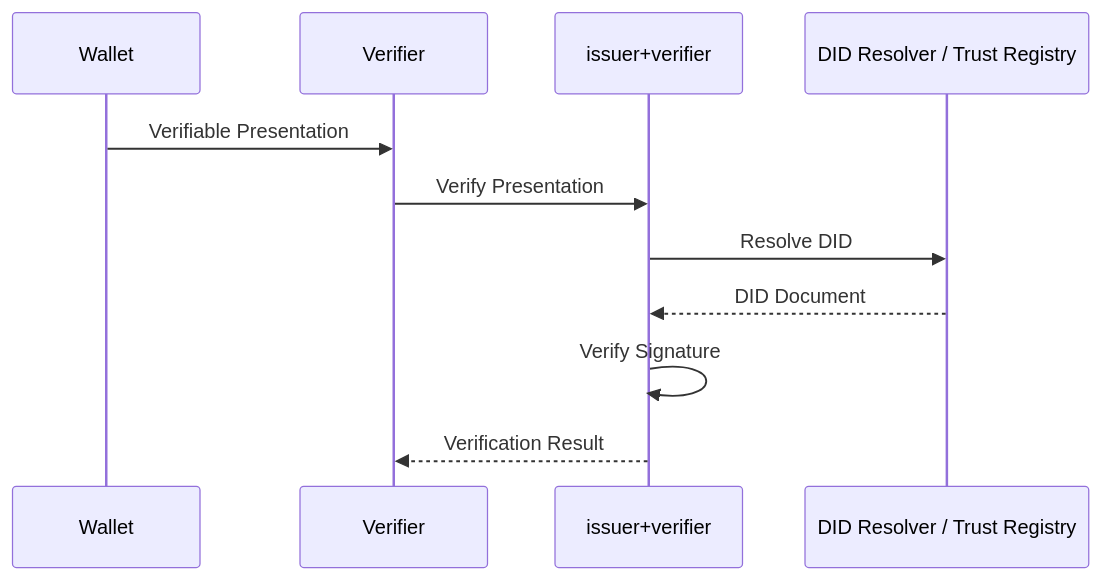
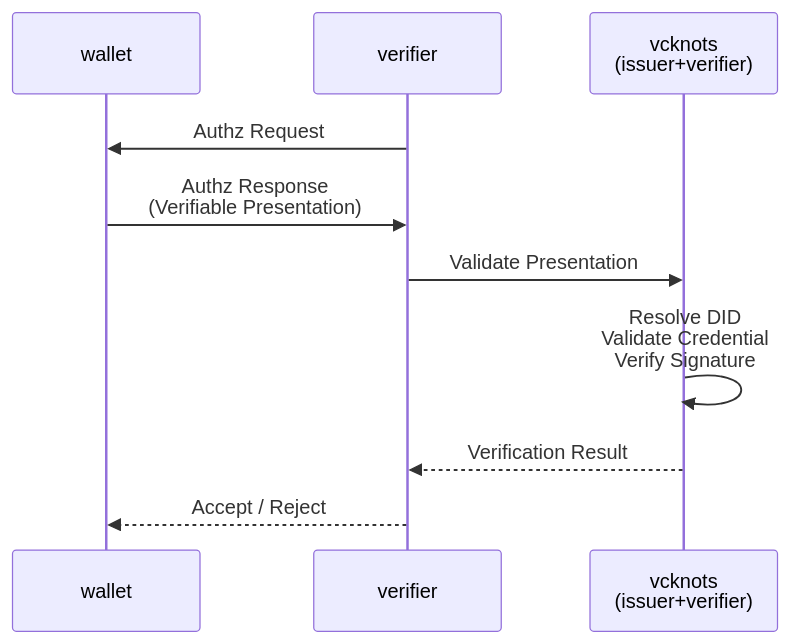
The fourth of 4 diagrams in docs/en/architecture-overview.md (trustknots/vcknots), drawn with Mermaid before and after one commit. The commit also changed other lines of this file and 1 other file, not shown here.

Commit message:
docs: re-translate architecture-overview

````diff
--- a/docs/en/architecture-overview.md
+++ b/docs/en/architecture-overview.md
@@ -145,20 +177,19 @@
 ```mermaid
 sequenceDiagram
 
-    participant Wallet
-    participant Verifier
-    participant Library as issuer+verifier
-    participant Trust as DID Resolver / Trust Registry
+    participant wallet
+    participant verifier
+    participant vcknots as vcknots<br/>(issuer+verifier)
 
-    Wallet->>Verifier: Verifiable Presentation
+    verifier->>wallet: Authz Request
 
-    Verifier->>Library: Verify Presentation
+    wallet->>verifier: Authz Response<br/>(Verifiable Presentation)
 
-    Library->>Trust: Resolve DID
+    verifier->>vcknots: Validate Presentation
 
-    Trust-->>Library: DID Document
+    vcknots->>vcknots: Resolve DID<br/>Validate Credential<br/>Verify Signature
 
-    Library->>Library: Verify Signature
+    vcknots-->>verifier: Verification Result
 
-    Library-->>Verifier: Verification Result
+    verifier-->>wallet: Accept / Reject
 ```
````
